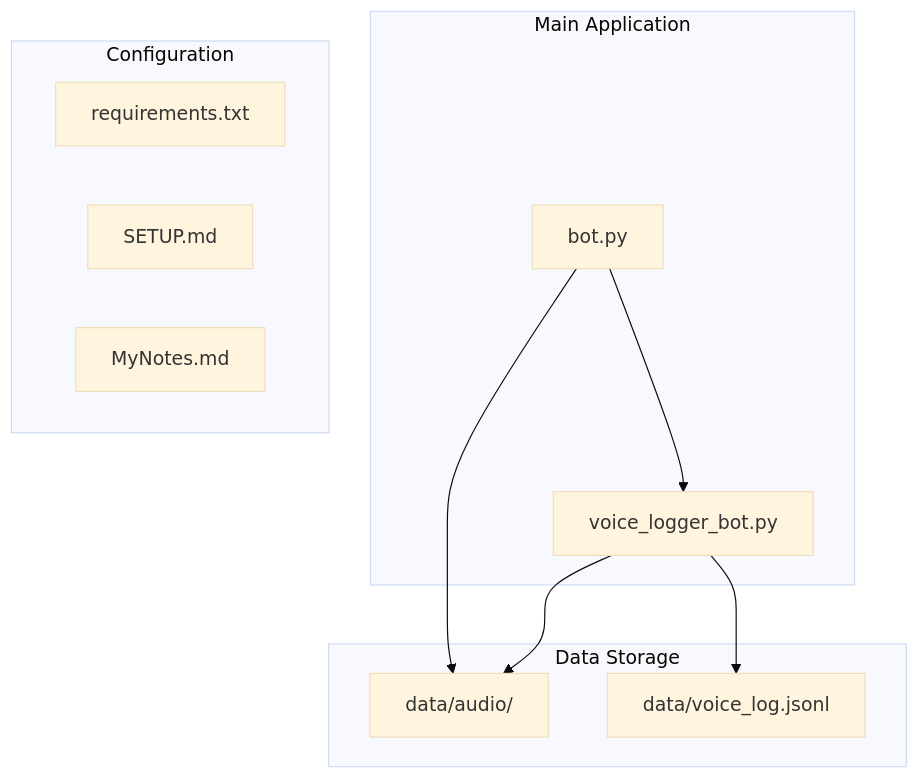
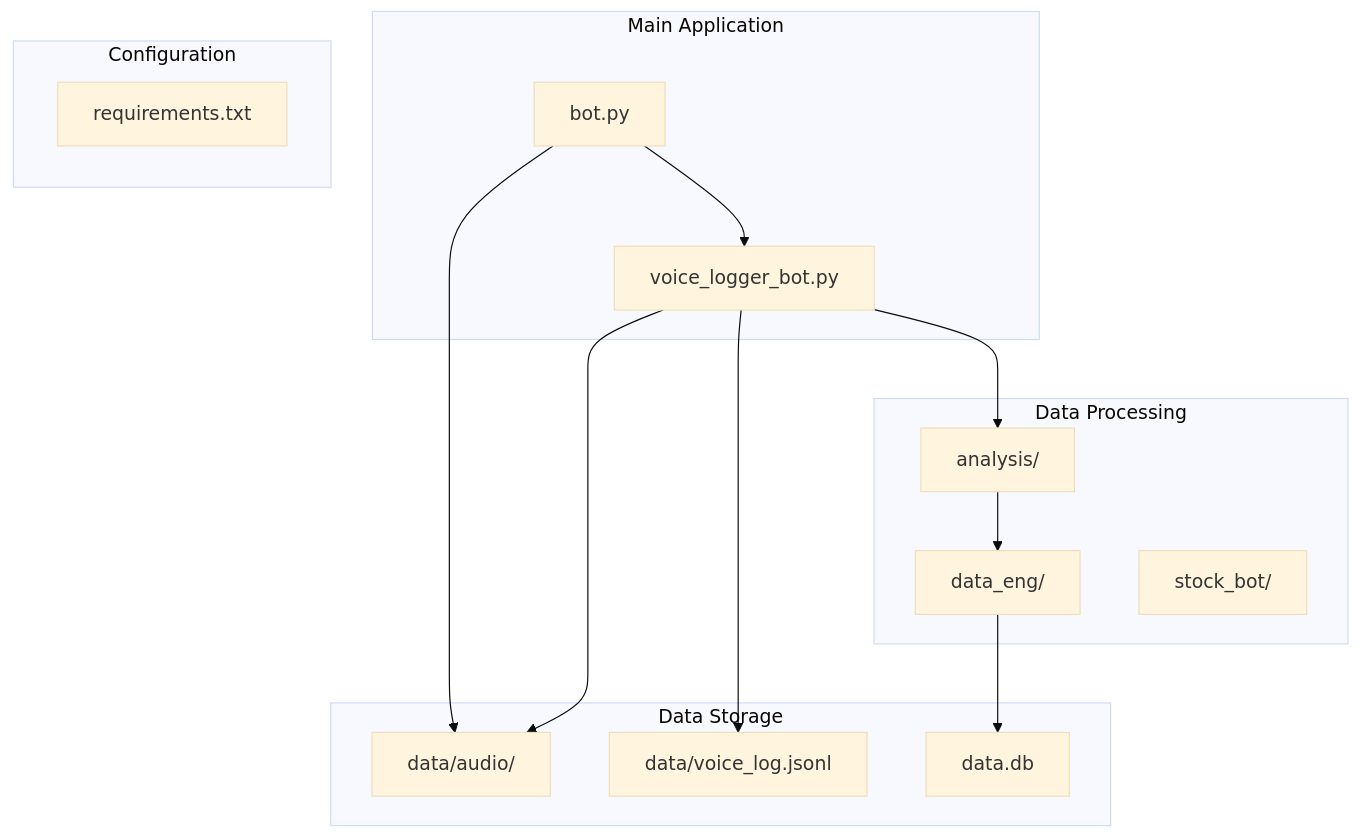
One commit to ZengSeng/telegram-bot changed the first of 2 diagrams in .qoder/repowiki/en/content/Configuration and Customization.md. Above: the diagram before and after it, drawn with Mermaid (base theme). The commit also changed other lines of this file and 9 other files, not shown here.

````diff
--- a/.qoder/repowiki/en/content/Configuration and Customization.md
+++ b/.qoder/repowiki/en/content/Configuration and Customization.md
@@ -33,20 +41,27 @@
 ```mermaid
 graph TB
 subgraph "Main Application"
 BOT[bot.py]
 LOGGER[voice_logger_bot.py]
 end
+subgraph "Data Processing"
+ANALYSIS[analysis/]
+DATAENG[data_eng/]
+STOCKBOT[stock_bot/]
+end
 subgraph "Configuration"
 REQ[requirements.txt]
-SETUP[SETUP.md]
-NOTES[MyNotes.md]
 end
 subgraph "Data Storage"
 AUDIO[data/audio/]
 LOGS[data/voice_log.jsonl]
+DB[data.db]
 end
 BOT --> LOGGER
 BOT --> AUDIO
 LOGGER --> LOGS
 LOGGER --> AUDIO
+LOGGER --> ANALYSIS
+ANALYSIS --> DATAENG
+DATAENG --> DB
 ```
````
